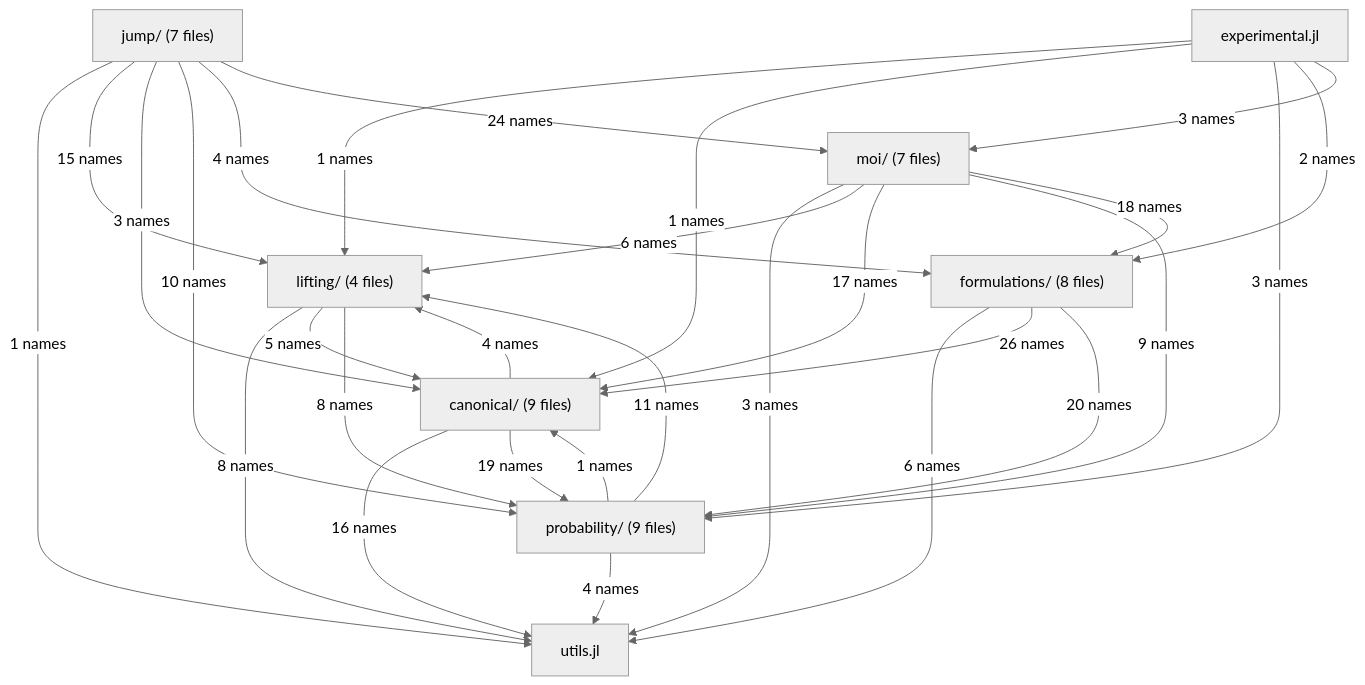
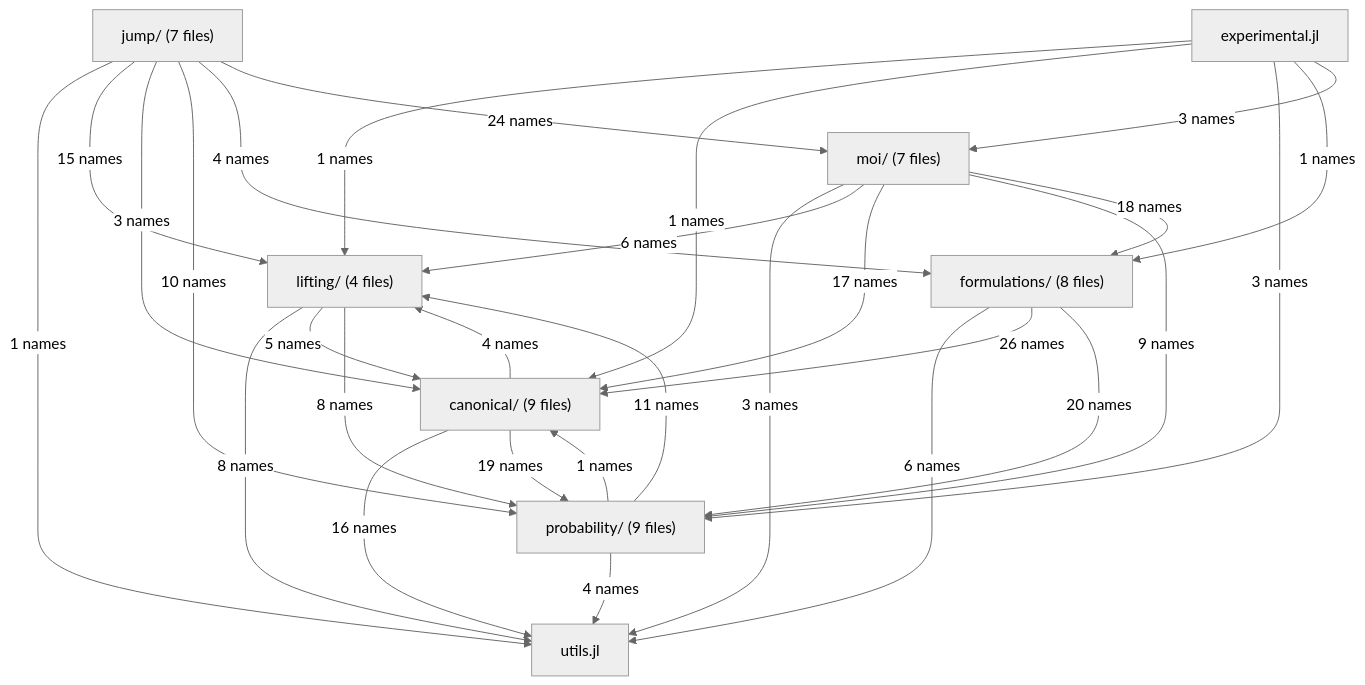
One commit to bfpc/LinearDecisionRules.jl changed the diagram in docs/src/developer/structure_current.md. Above: the diagram before and after it, drawn with Mermaid (neutral theme). The commit also changed other lines of this file and 8 other files, not shown here.

````diff
--- a/docs/src/developer/structure_current.md
+++ b/docs/src/developer/structure_current.md
@@ -12,39 +12,39 @@
 ```mermaid
 flowchart TD
     utils["utils.jl"]
     lifting["lifting/ (4 files)"]
     canonical["canonical/ (9 files)"]
     probability["probability/ (9 files)"]
     formulations["formulations/ (8 files)"]
     moi["moi/ (7 files)"]
     jump["jump/ (7 files)"]
     experimental["experimental.jl"]
     lifting -->|"8 names"| utils
     lifting -->|"5 names"| canonical
     lifting -->|"8 names"| probability
     canonical -->|"16 names"| utils
     canonical -->|"4 names"| lifting
     canonical -->|"19 names"| probability
     probability -->|"4 names"| utils
     probability -->|"11 names"| lifting
     probability -->|"1 names"| canonical
     formulations -->|"6 names"| utils
     formulations -->|"26 names"| canonical
     formulations -->|"20 names"| probability
     moi -->|"3 names"| utils
     moi -->|"6 names"| lifting
     moi -->|"17 names"| canonical
     moi -->|"9 names"| probability
     moi -->|"18 names"| formulations
     jump -->|"1 names"| utils
     jump -->|"15 names"| lifting
     jump -->|"3 names"| canonical
     jump -->|"10 names"| probability
     jump -->|"4 names"| formulations
     jump -->|"24 names"| moi
     experimental -->|"1 names"| lifting
     experimental -->|"1 names"| canonical
     experimental -->|"3 names"| probability
-    experimental -->|"2 names"| formulations
+    experimental -->|"1 names"| formulations
     experimental -->|"3 names"| moi
 ```
````
